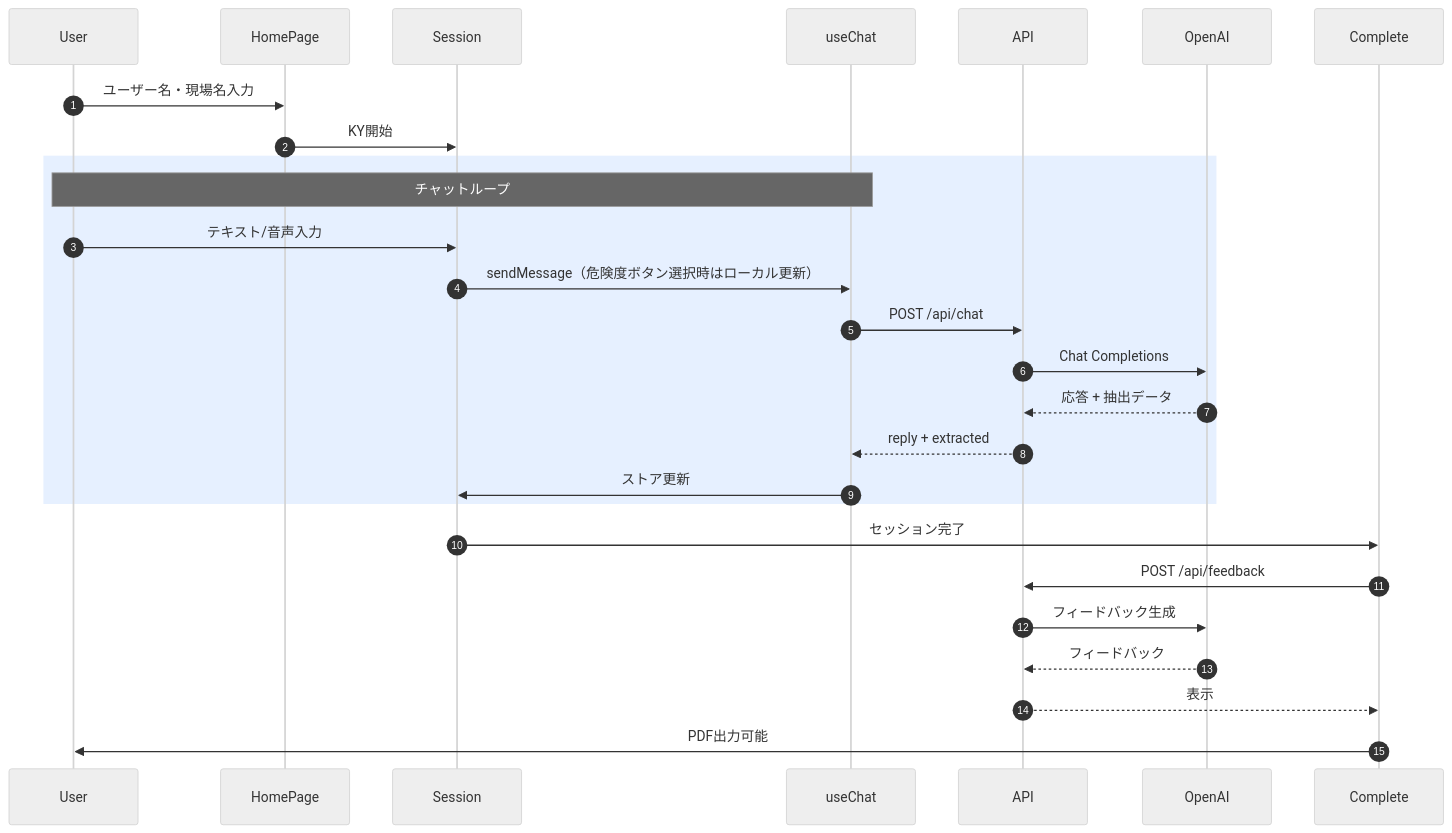
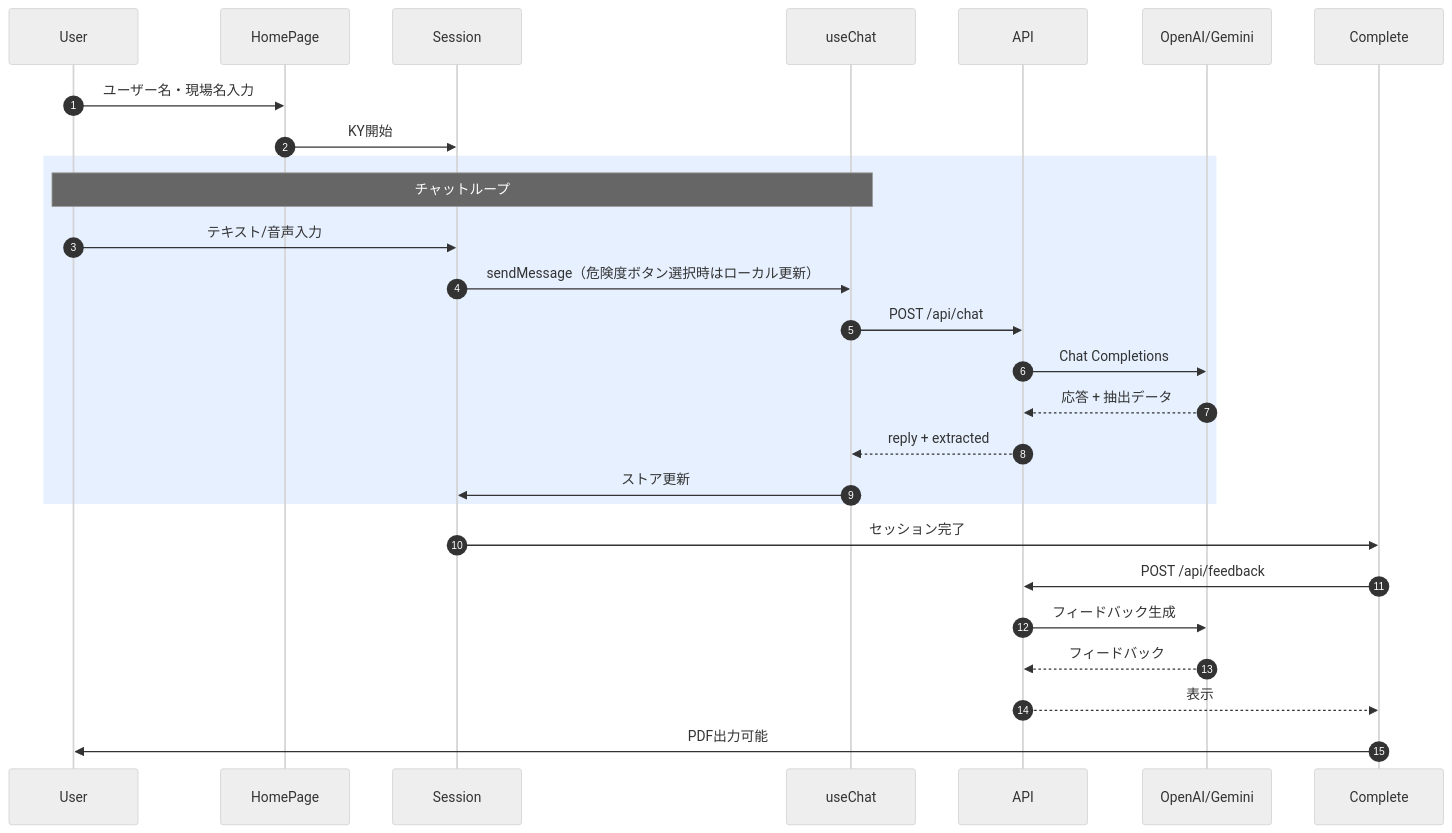
The seventh of 16 diagrams in apps/v2-modern/docs/00_overview/00_Master_Technical_Reference.md (Ibar-Aki/solar-aldrin), drawn with Mermaid (neutral theme) before and after one commit. The commit also changed other lines of this file and 5 other files, not shown here.

````diff
--- a/apps/v2-modern/docs/00_overview/00_Master_Technical_Reference.md
+++ b/apps/v2-modern/docs/00_overview/00_Master_Technical_Reference.md
@@ -582,32 +662,32 @@
 ```mermaid
 sequenceDiagram
     autonumber
     participant User
     participant HomePage
     participant Session
     participant useChat
     participant API
-    participant OpenAI
+    participant AI as OpenAI/Gemini
     participant Complete
 
     User->>HomePage: ユーザー名・現場名入力
     HomePage->>Session: KY開始
     
     rect rgb(230, 240, 255)
         Note over User, useChat: チャットループ
         User->>Session: テキスト/音声入力
         Session->>useChat: sendMessage（危険度ボタン選択時はローカル更新）
         useChat->>API: POST /api/chat
-        API->>OpenAI: Chat Completions
-        OpenAI-->>API: 応答 + 抽出データ
+        API->>AI: Chat Completions
+        AI-->>API: 応答 + 抽出データ
         API-->>useChat: reply + extracted
         useChat->>Session: ストア更新
     end
 
     Session->>Complete: セッション完了
     Complete->>API: POST /api/feedback
-    API->>OpenAI: フィードバック生成
-    OpenAI-->>API: フィードバック
+    API->>AI: フィードバック生成
+    AI-->>API: フィードバック
     API-->>Complete: 表示
     Complete->>User: PDF出力可能
 ```
````
